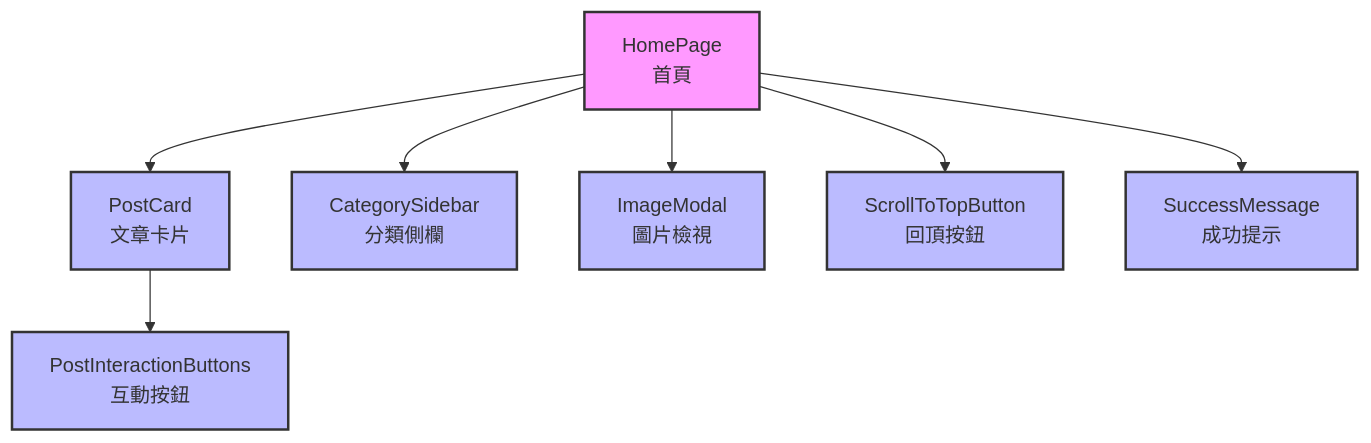
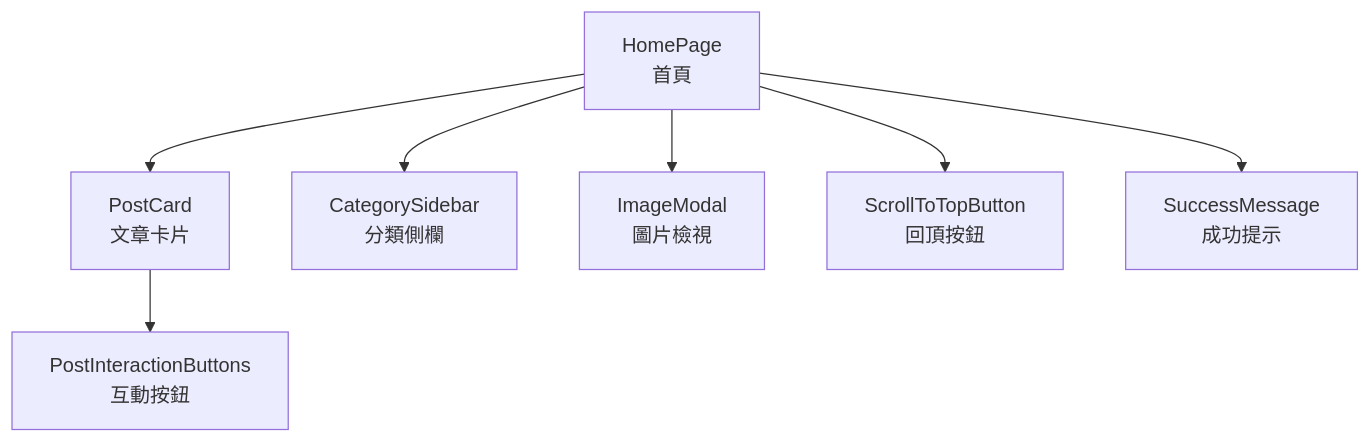
Before and after one commit to roy4222/SoulNet: the fifth of 9 diagrams in README.md, drawn with Mermaid. The commit also changed other lines of this file, not shown here.

Commit message:
Refactor README component diagrams by removing unnecessary class definitions to improve readability and streamline the presentation of component relationships.

````diff
--- a/README.md
+++ b/README.md
@@ -191,23 +172,17 @@
 ```mermaid
 graph TD
     HP[HomePage<br/>首頁]
     PC[PostCard<br/>文章卡片]
     PIB[PostInteractionButtons<br/>互動按鈕]
     CS[CategorySidebar<br/>分類側欄]
     IM[ImageModal<br/>圖片檢視]
     STB[ScrollToTopButton<br/>回頂按鈕]
     SM[SuccessMessage<br/>成功提示]
     
     HP --> PC
     HP --> CS
     HP --> IM
     HP --> STB
     HP --> SM
     PC --> PIB
-    
-    classDef main fill:#f9f,stroke:#333,stroke-width:2px
-    classDef sub fill:#bbf,stroke:#333,stroke-width:2px
-    
-    class HP main
-    class PC,PIB,CS,IM,STB,SM sub
 ```
````
